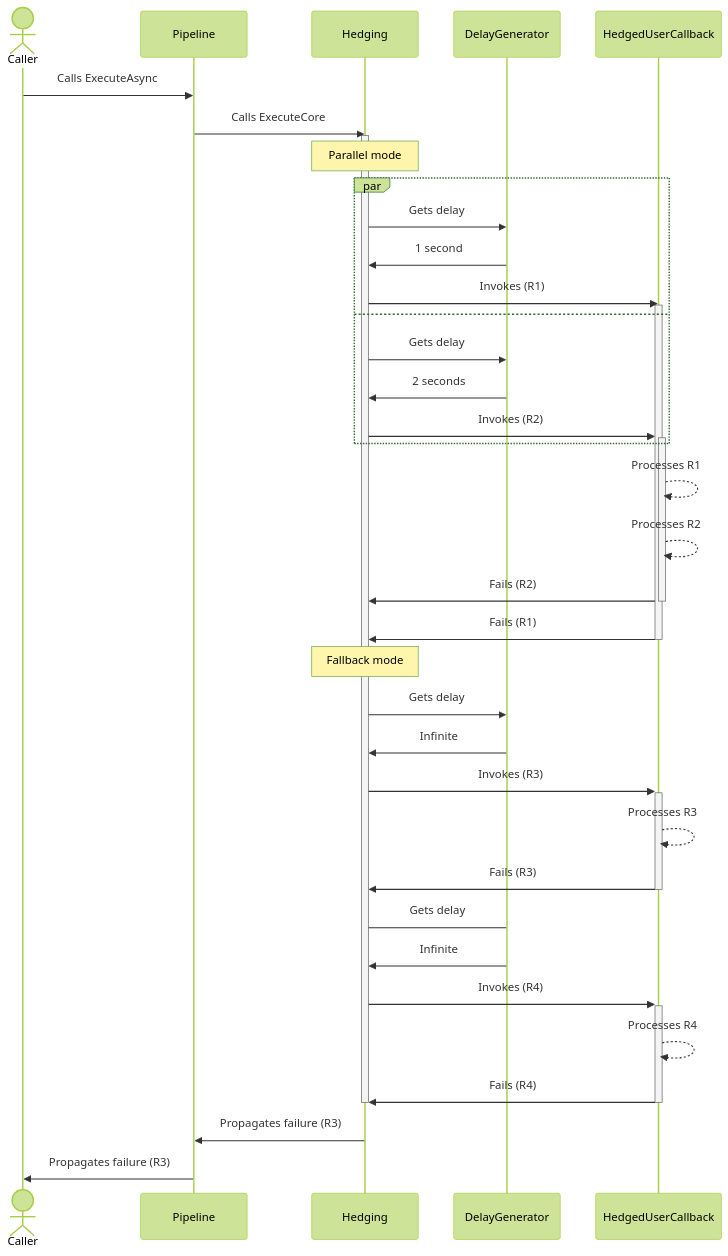
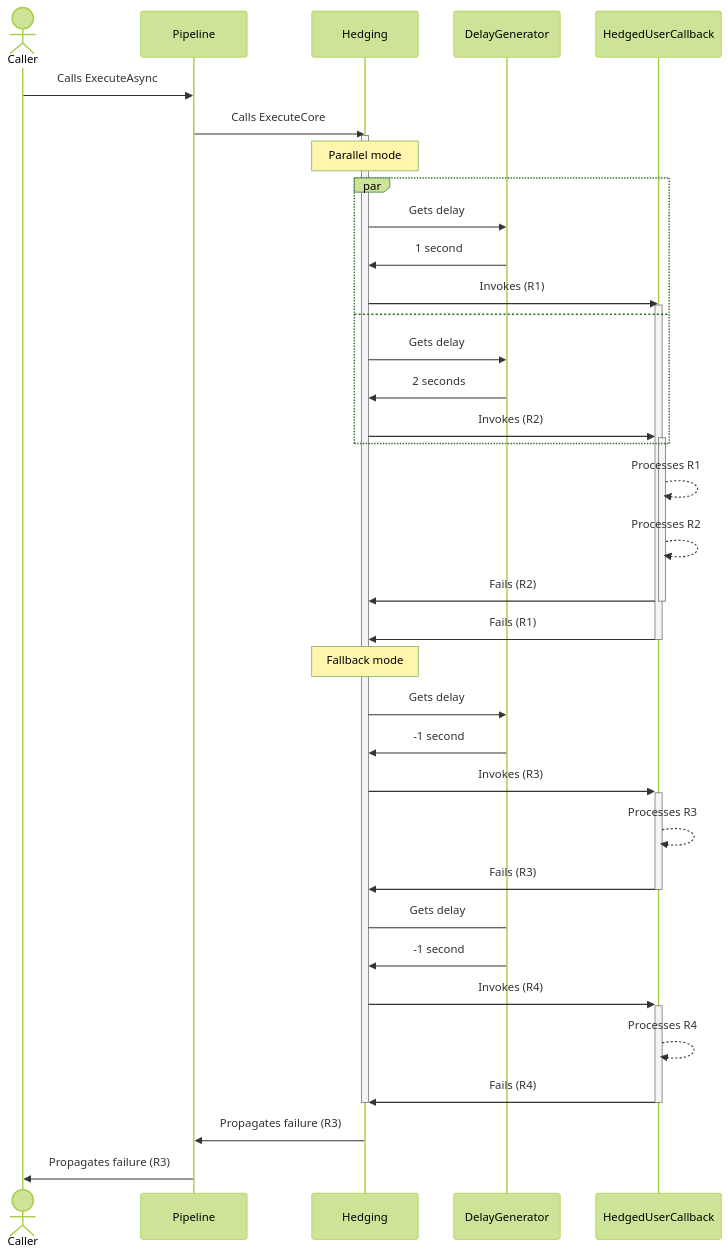
The eighth of 9 diagrams in docs/strategies/hedging.md (App-vNext/Polly), drawn with Mermaid (forest theme) before and after one commit. The commit also changed other lines of this file and 6 other files, not shown here.

Commit message:
Add diagram to action generator hedging

````diff
--- a/docs/strategies/hedging.md
+++ b/docs/strategies/hedging.md
@@ -396,47 +396,47 @@
 ```mermaid
 sequenceDiagram
     actor C as Caller
     participant P as Pipeline
     participant H as Hedging
     participant DG as DelayGenerator
     participant HUC as HedgedUserCallback
 
     C->>P: Calls ExecuteAsync
     P->>H: Calls ExecuteCore
     activate H
 
     Note over H: Parallel mode
     par
     H->>DG: Gets delay
     DG->>H: 1 second
     H->>HUC: Invokes (R1)
     activate HUC
     and
     H->>DG: Gets delay
     DG->>H: 2 seconds
     H->>+HUC: Invokes (R2)
     end
 
     HUC-->>HUC: Processes R1
     HUC-->>HUC: Processes R2
     HUC->>-H: Fails (R2)
     HUC->>-H: Fails (R1)
 
     Note over H: Fallback mode
 
     H->>DG: Gets delay
-    DG->>H: Infinite
+    DG->>H: -1 second
     H->>+HUC: Invokes (R3)
     HUC-->>HUC: Processes R3
     HUC->>-H: Fails (R3)
 
     H -> DG: Gets delay
-    DG->>H: Infinite
+    DG->>H: -1 second
     H->>+HUC: Invokes (R4)
     HUC-->>HUC: Processes R4
     HUC->>-H: Fails (R4)
 
     deactivate H
     H->>P: Propagates failure (R3)
     P->>C: Propagates failure (R3)
 ```
````
